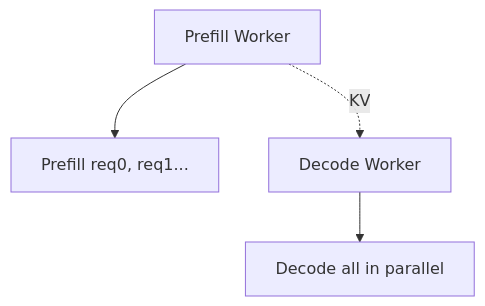
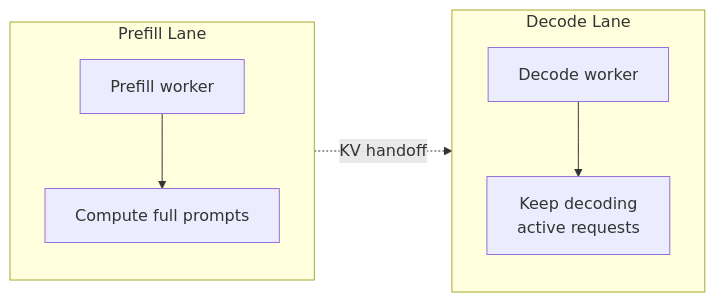
The diagram in walk-the-code/diagrams/serving_disagg.mmd (danilop/micro-gpt-and-beyond), drawn with Mermaid before and after one commit. The commit also changed 45 other files, not shown here.

```diff
--- a/walk-the-code/diagrams/serving_disagg.mmd
+++ b/walk-the-code/diagrams/serving_disagg.mmd
@@ -1,6 +1,14 @@
-graph TD
-    d_pre1[Prefill Worker]
-    d_pre1 --> d_pre2[Prefill req0, req1...]
-    d_dec0[Decode Worker]
-    d_dec0 --> d_dec1[Decode all in parallel]
-    d_pre1 -.->|KV| d_dec0
+graph LR
+    subgraph pre[Prefill Lane]
+        direction TB
+        d_pre1[Prefill worker]
+        d_pre2[Compute full prompts]
+        d_pre1 --> d_pre2
+    end
+    subgraph dec[Decode Lane]
+        direction TB
+        d_dec0[Decode worker]
+        d_dec1[Keep decoding<br/>active requests]
+        d_dec0 --> d_dec1
+    end
+    d_pre2 -. KV handoff .-> d_dec0
```
